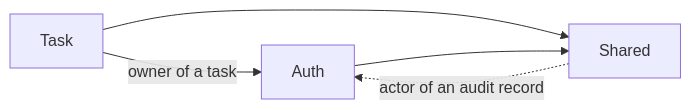
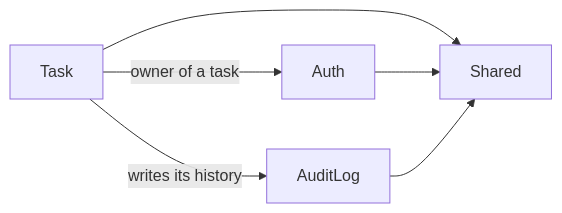
One commit to NikitaSomik/symfony-todo-app changed the first of 2 diagrams in README.md. Above: the diagram before and after it, drawn with Mermaid. The commit also changed other lines of this file and 22 other files, not shown here.

Commit message:
refactor(audit-log): move the audit log into its own module (#73)

````diff
--- a/README.md
+++ b/README.md
@@ -61,7 +61,8 @@
 ```mermaid
 flowchart LR
     Task -->|owner of a task| Auth
+    Task -->|writes its history| AuditLog
     Task --> Shared
     Auth --> Shared
-    Shared -.->|actor of an audit record| Auth
+    AuditLog --> Shared
 ```
````
